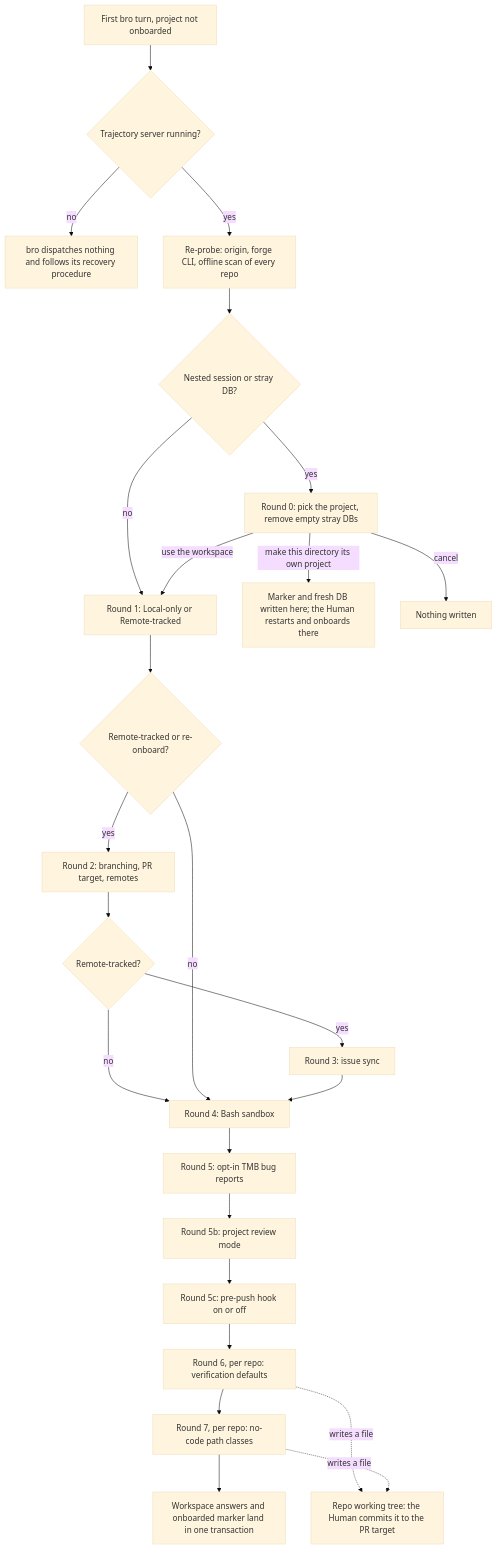
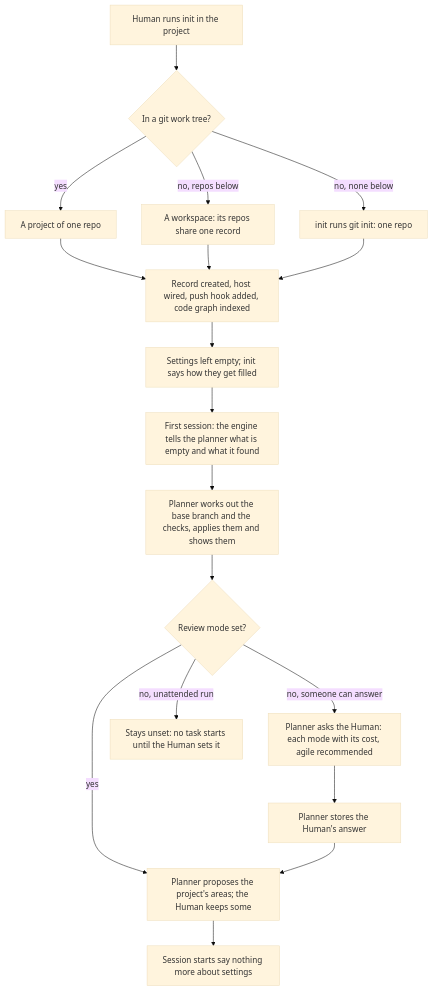
One commit to trustmybot/tmb changed the diagram in docs/architecture/ONBOARD.md. Above: the diagram before and after it, drawn with Mermaid (base theme). The commit also changed other lines of this file and 38 other files, not shown here.

First line of the commit message:
📝 docs: fit the plugin's docs tree to tmb

````diff
--- a/docs/architecture/ONBOARD.md
+++ b/docs/architecture/ONBOARD.md
@@ -5,27 +5,20 @@
 ```mermaid
 flowchart TD
-    A[First bro turn, project not onboarded] --> S{Trajectory server running?}
-    S -- no --> X1[bro dispatches nothing and follows its recovery procedure]
-    S -- yes --> B[Re-probe: origin, forge CLI, offline scan of every repo]
-    B --> R0{Nested session or stray DB?}
-    R0 -- yes --> C0[Round 0: pick the project, remove empty stray DBs]
-    R0 -- no --> C1
-    C0 -- use the workspace --> C1[Round 1: Local-only or Remote-tracked]
-    C0 -- make this directory its own project --> Z1[Marker and fresh DB written here; the Human restarts and onboards there]
-    C0 -- cancel --> Z2[Nothing written]
-    C1 --> RT{Remote-tracked or re-onboard?}
-    RT -- yes --> C2[Round 2: branching, PR target, remotes]
-    C2 --> RS{Remote-tracked?}
-    RS -- yes --> C3[Round 3: issue sync]
-    RS -- no --> C4
-    RT -- no --> C4
-    C3 --> C4[Round 4: Bash sandbox]
-    C4 --> C5[Round 5: opt-in TMB bug reports]
-    C5 --> C5b[Round 5b: project review mode]
-    C5b --> C5c[Round 5c: pre-push hook on or off]
-    C5c --> C6[Round 6, per repo: verification defaults]
-    C6 --> C7[Round 7, per repo: no-code path classes]
-    C7 --> D[Workspace answers and onboarded marker land in one transaction]
-    C6 -. writes a file .-> F[Repo working tree: the Human commits it to the PR target]
-    C7 -. writes a file .-> F
+    A[Human runs init in the project] --> B{In a git work tree?}
+    B -- yes --> P1[A project of one repo]
+    B -- "no, repos below" --> P2[A workspace: its repos share one record]
+    B -- "no, none below" --> P3[init runs git init: one repo]
+    P1 --> C[Record created, host wired, push hook added, code graph indexed]
+    P2 --> C
+    P3 --> C
+    C --> D[Settings left empty; init says how they get filled]
+    D --> E[First session: the engine tells the planner what is empty and what it found]
+    E --> F[Planner works out the base branch and the checks, applies them and shows them]
+    F --> G{Review mode set?}
+    G -- yes --> J
+    G -- "no, someone can answer" --> H[Planner asks the Human: each mode with its cost, agile recommended]
+    H --> I[Planner stores the Human's answer]
+    I --> J[Planner proposes the project's areas; the Human keeps some]
+    G -- "no, unattended run" --> X[Stays unset: no task starts until the Human sets it]
+    J --> K[Session starts say nothing more about settings]
 ```
````
